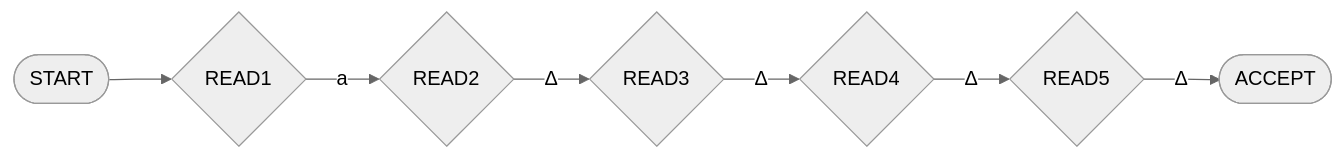
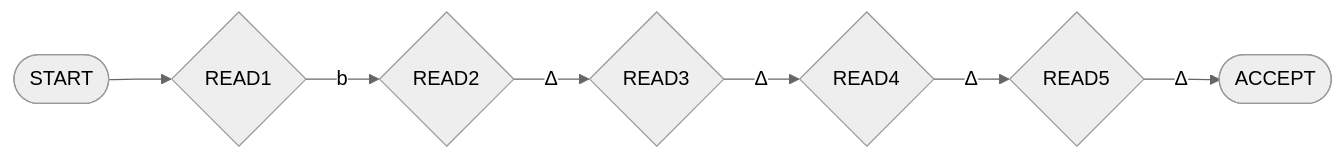
One commit to ufidon/ct changed the tenth of 13 diagrams in mod2/pda.md. Above: the diagram before and after it, drawn with Mermaid (neutral theme). The commit also changed other lines of this file, not shown here.

````diff
--- a/mod2/pda.md
+++ b/mod2/pda.md
@@ -422,16 +422,16 @@
 ```mermaid
 flowchart LR
   s(["START"])
   ac(["ACCEPT"])
   r1{"READ1"}
   r2{"READ2"}
   r3{"READ3"}
   r4{"READ4"}
   r5{"READ5"}
   s-->r1
-  r1-->|a|r2
+  r1-->|b|r2
   r2-->|Δ|r3
   r3-->|Δ|r4
   r4-->|Δ|r5
   r5-->|Δ|ac
 ```
````
